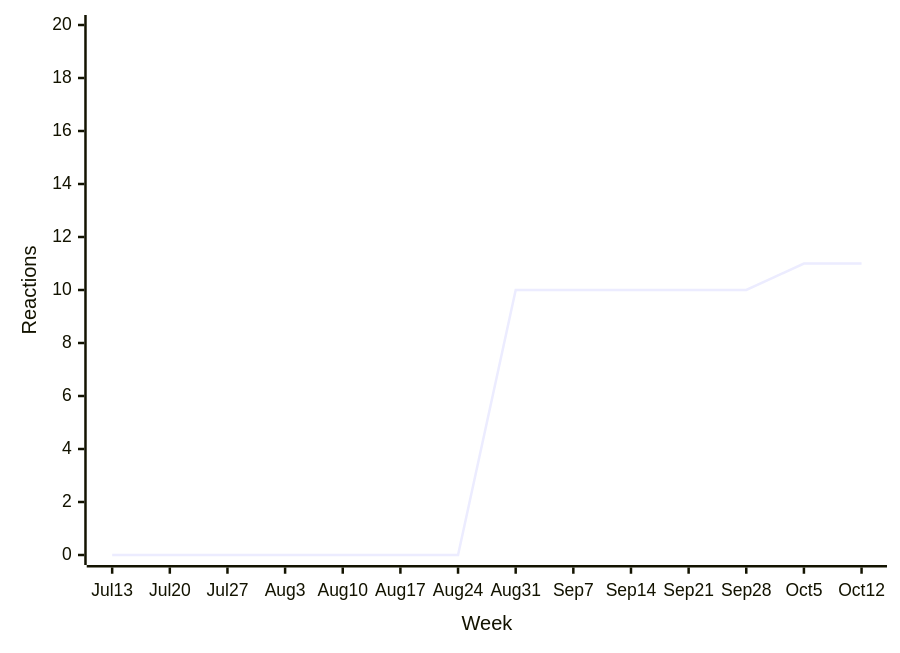
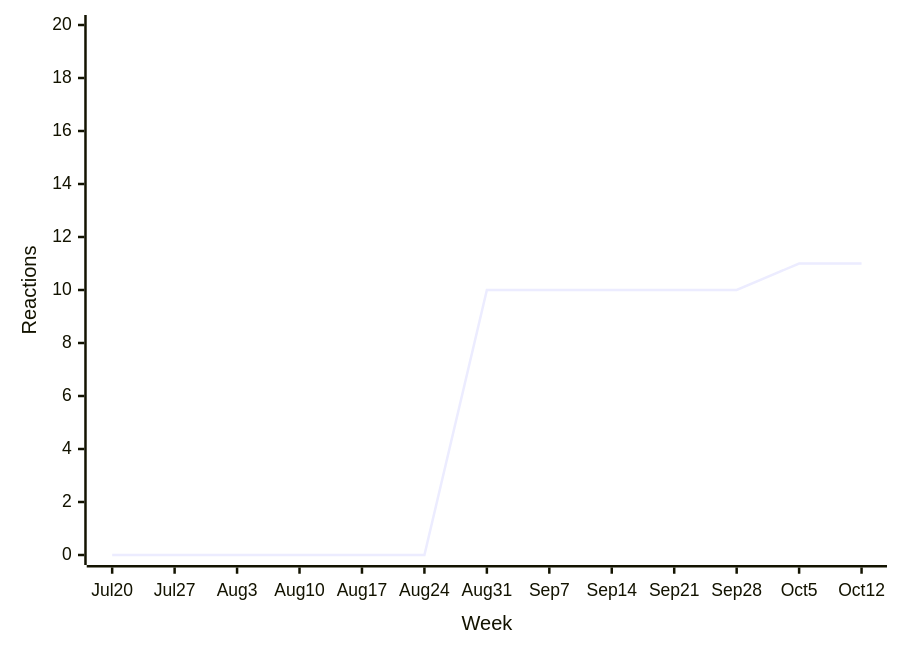
One commit to loic-sharma/github-insights changed diagram 14 of 38 in README.md. Above: the diagram before and after it, drawn with Mermaid. The commit also changed other lines of this file and 3 other files, not shown here.

````diff
--- a/README.md
+++ b/README.md
@@ -545,6 +545,6 @@
   ```mermaid
   xychart-beta
-    x-axis "Week" [Jul 13, Jul 20, Jul 27, Aug 3, Aug 10, Aug 17, Aug 24, Aug 31, Sep 7, Sep 14, Sep 21, Sep 28, Oct 5, Oct 12]
+    x-axis "Week" [Jul 20, Jul 27, Aug 3, Aug 10, Aug 17, Aug 24, Aug 31, Sep 7, Sep 14, Sep 21, Sep 28, Oct 5, Oct 12]
     y-axis "Reactions" 0 --> 20
-    line [0, 0, 0, 0, 0, 0, 0, 10, 10, 10, 10, 10, 11, 11]
+    line [0, 0, 0, 0, 0, 0, 10, 10, 10, 10, 10, 11, 11]
   ```
````
